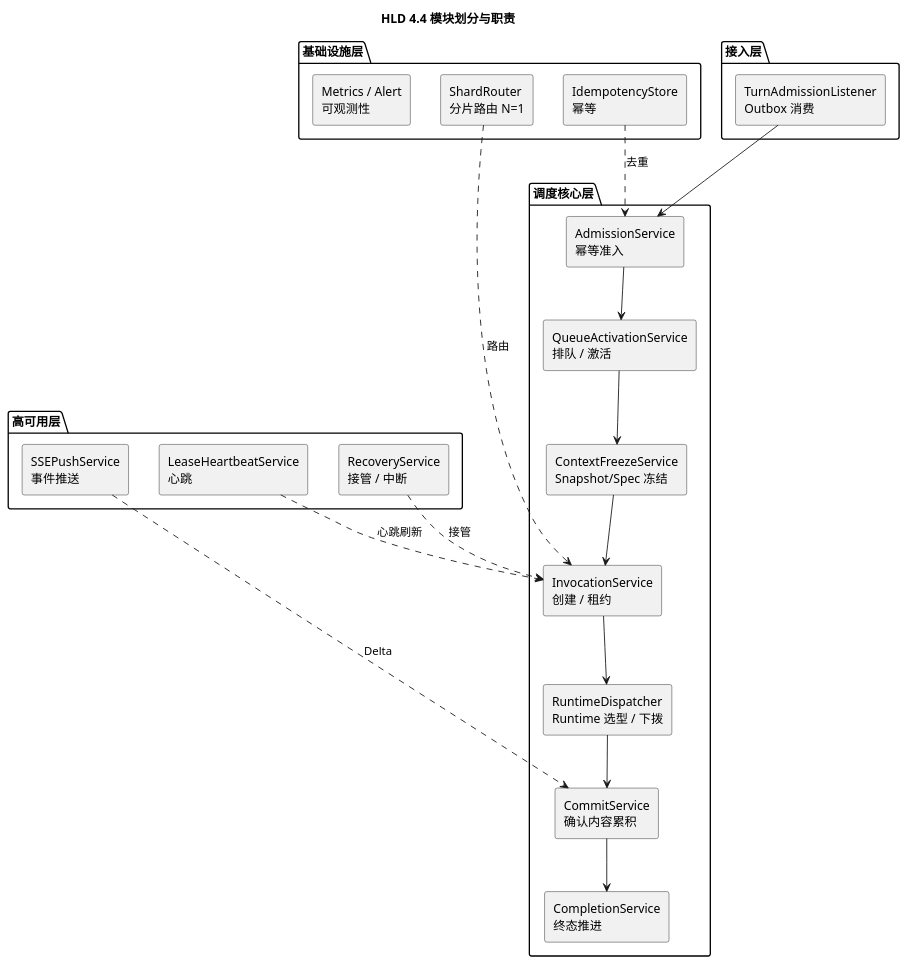
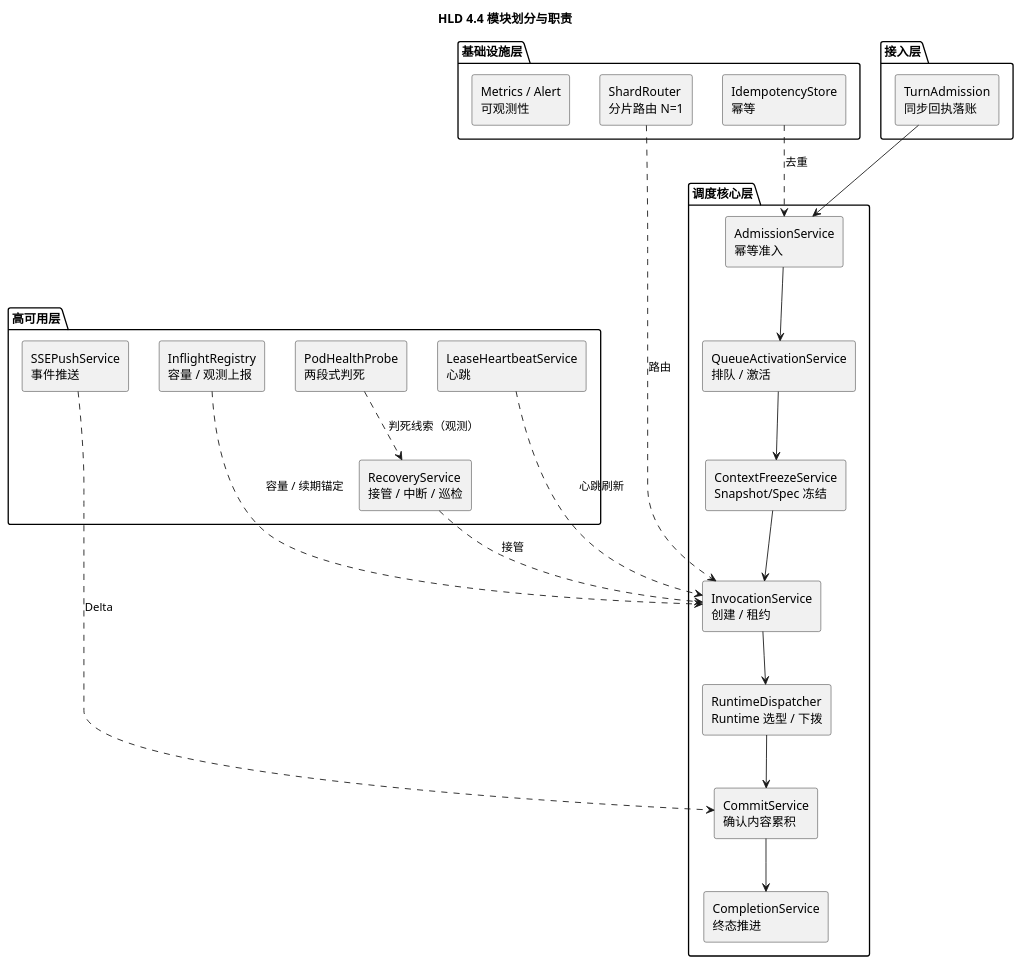
The fourth of 7 diagrams in design/diagrams/plantuml/turn-scheduler-hld.puml (JamesLi-NLP/AgentGateway), drawn with PlantUML before and after one commit. The commit also changed other lines of this file and 13 other files, not shown here.

```diff
--- a/design/diagrams/plantuml/turn-scheduler-hld.puml
+++ b/design/diagrams/plantuml/turn-scheduler-hld.puml
@@ -114,42 +112,46 @@
 @startuml hld-44-modules
 title HLD 4.4 模块划分与职责
 skinparam backgroundColor white
 skinparam defaultFontName "Microsoft YaHei"
 skinparam componentStyle rectangle
 
 package "接入层" {
-  component "TurnAdmissionListener\nOutbox 消费" as M0
+  component "TurnAdmission\n同步回执落账" as M0
 }
 package "调度核心层" {
   component "AdmissionService\n幂等准入" as M1
   component "QueueActivationService\n排队 / 激活" as M2
   component "ContextFreezeService\nSnapshot/Spec 冻结" as M3
   component "InvocationService\n创建 / 租约" as M4
   component "RuntimeDispatcher\nRuntime 选型 / 下拨" as M5
   component "CommitService\n确认内容累积" as M6
   component "CompletionService\n终态推进" as M7
 }
 package "高可用层" {
   component "LeaseHeartbeatService\n心跳" as M8
-  component "RecoveryService\n接管 / 中断" as M9
+  component "RecoveryService\n接管 / 中断 / 巡检" as M9
+  component "PodHealthProbe\n两段式判死" as M14
+  component "InflightRegistry\n容量 / 观测上报" as M15
   component "SSEPushService\n事件推送" as M10
 }
 package "基础设施层" {
   component "ShardRouter\n分片路由 N=1" as M11
   component "IdempotencyStore\n幂等" as M12
   component "Metrics / Alert\n可观测性" as M13
 }
 
 M0 --> M1
 M1 --> M2
 M2 --> M3
 M3 --> M4
 M4 --> M5
 M5 --> M6
 M6 --> M7
 M8 ..> M4 : 心跳刷新
 M9 ..> M4 : 接管
+M14 ..> M9 : 判死线索（观测）
+M15 ..> M4 : 容量 / 续期锚定
 M10 ..> M6 : Delta
 M11 ..> M4 : 路由
 M12 ..> M1 : 去重
 @enduml
```
